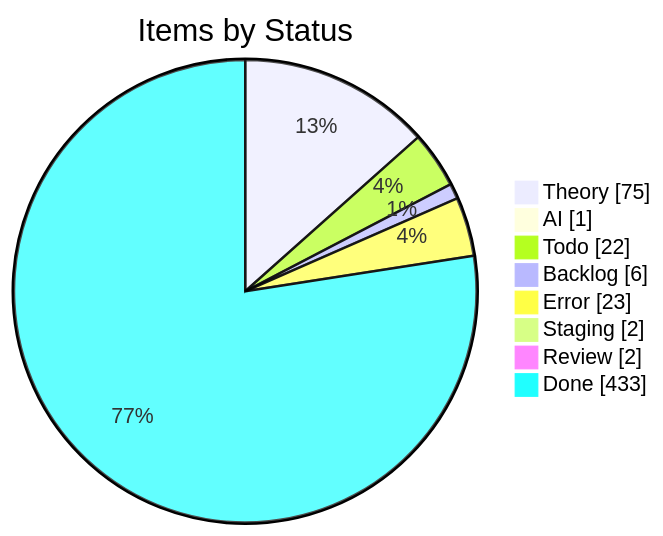
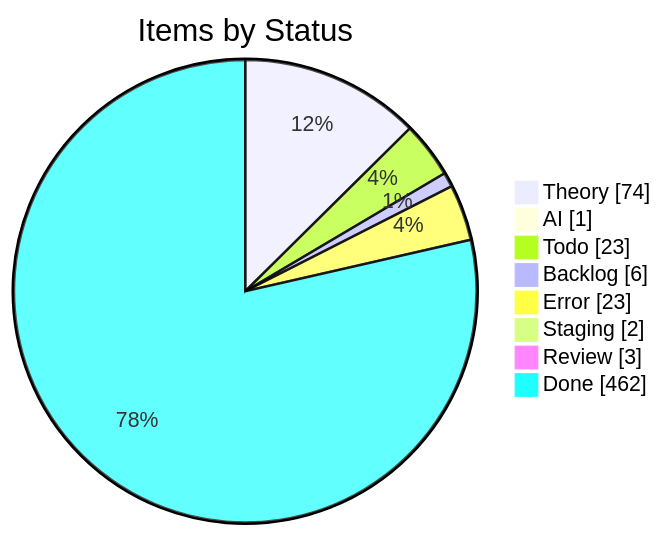
One commit to KBVE/kbve changed the first of 4 diagrams in apps/kbve/astro-kbve/src/content/docs/dashboard/kanban-data.mdx. Above: the diagram before and after it, drawn with Mermaid. The commit also changed other lines of this file and 2 other files, not shown here.

````diff
--- a/apps/kbve/astro-kbve/src/content/docs/dashboard/kanban-data.mdx
+++ b/apps/kbve/astro-kbve/src/content/docs/dashboard/kanban-data.mdx
@@ -189,12 +189,12 @@
 ```mermaid
 pie showData
     title Items by Status
-    "Theory" : 75
+    "Theory" : 74
     "AI" : 1
-    "Todo" : 22
+    "Todo" : 23
     "Backlog" : 6
     "Error" : 23
     "Staging" : 2
-    "Review" : 2
-    "Done" : 433
+    "Review" : 3
+    "Done" : 462
 ```
````
